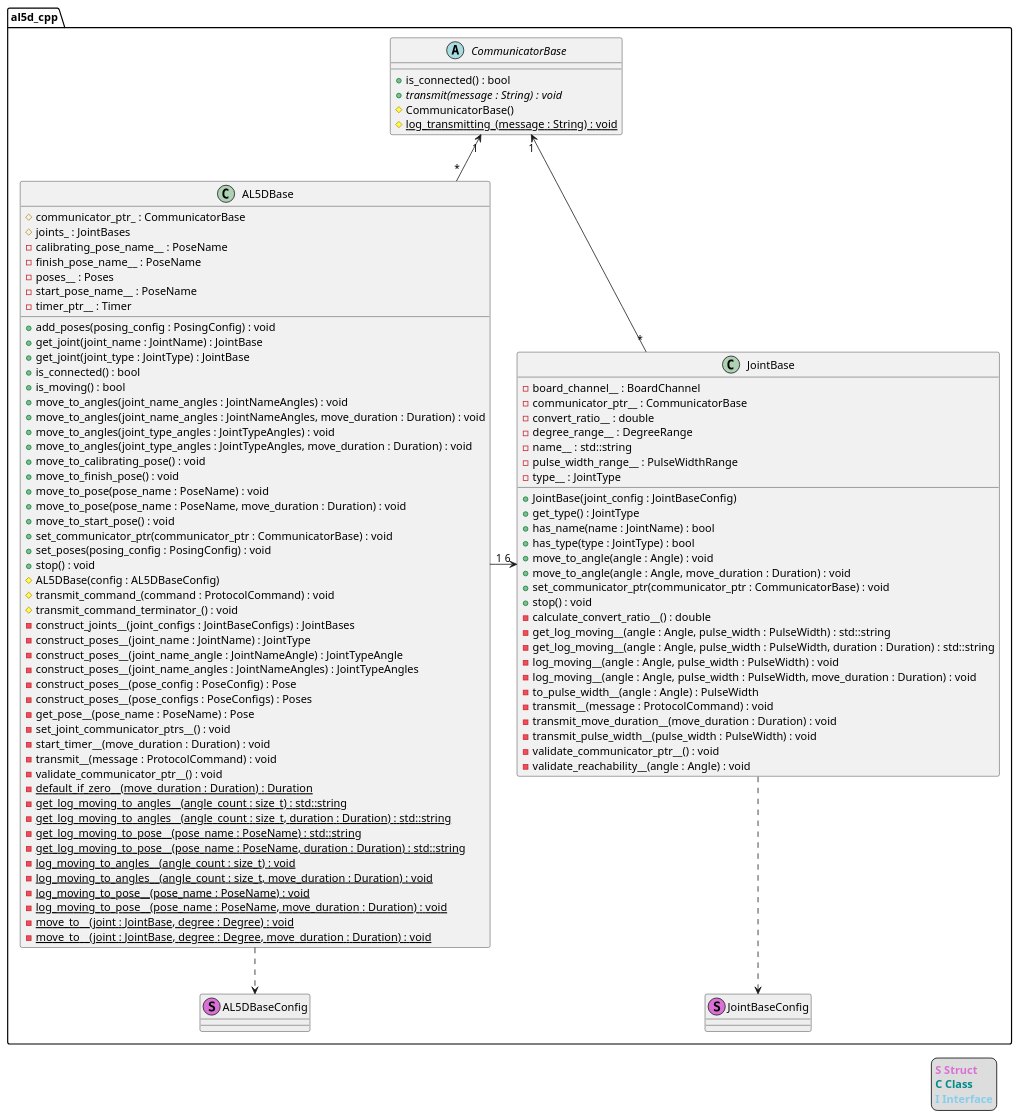
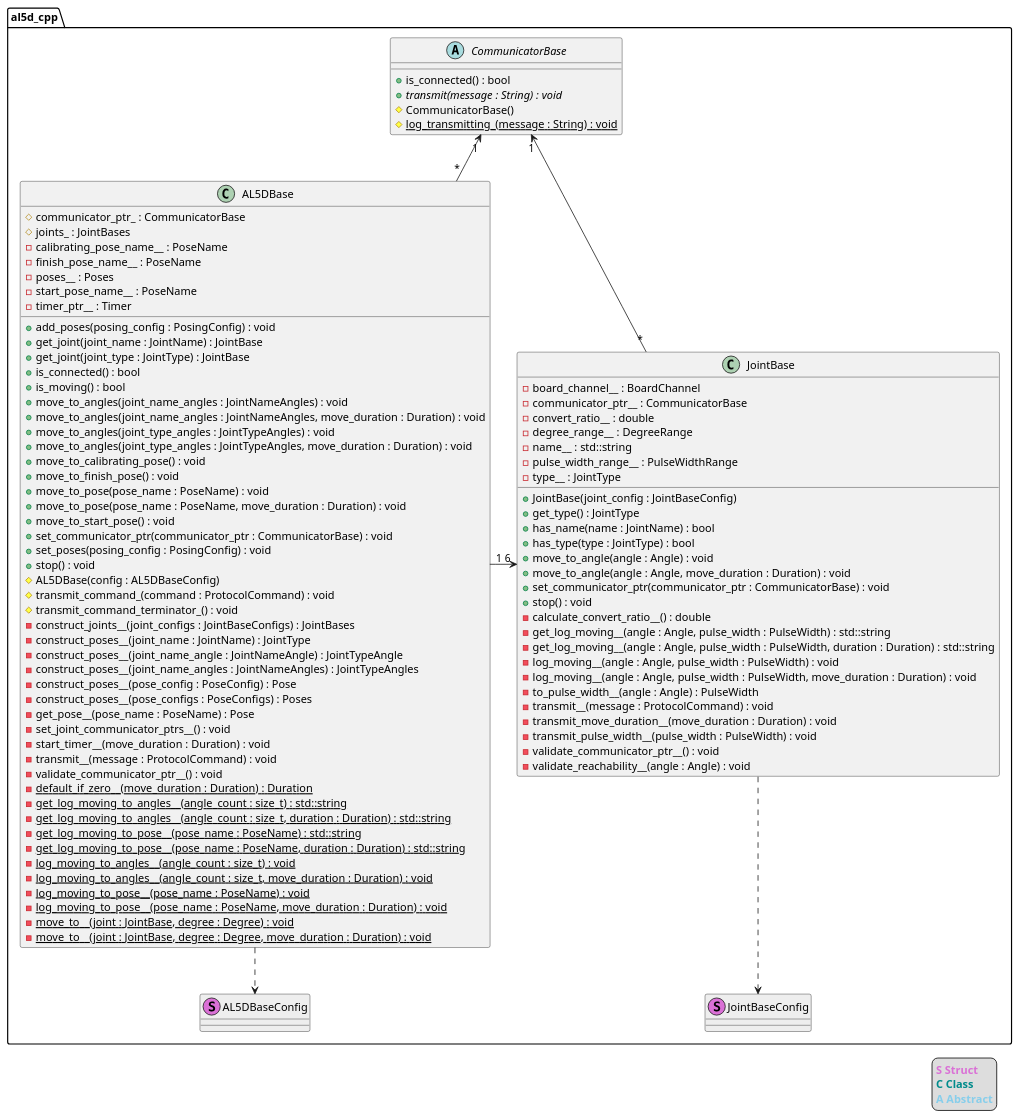
The diagram in doc/class_design_base.puml (bscp/al5d_cpp), drawn with PlantUML before and after one commit. The commit also changed 4 other files, not shown here.

Commit message:
Add UML diagrams for controller

```diff
--- a/doc/class_design_base.puml
+++ b/doc/class_design_base.puml
@@ -1,110 +1,110 @@
 @startuml
 
 namespace al5d_cpp {
 
     abstract class CommunicatorBase {
 		+ is_connected() : bool
 		+ {abstract} transmit(message : String) : void
 		# CommunicatorBase()
 		# {static} log_transmitting_(message : String) : void
 	}
 
     class AL5DBase {
 		+ add_poses(posing_config : PosingConfig) : void
 		+ get_joint(joint_name : JointName) : JointBase
 		+ get_joint(joint_type : JointType) : JointBase
 		+ is_connected() : bool
 		+ is_moving() : bool
 		+ move_to_angles(joint_name_angles : JointNameAngles) : void
 		+ move_to_angles(joint_name_angles : JointNameAngles, move_duration : Duration) : void
 		+ move_to_angles(joint_type_angles : JointTypeAngles) : void
 		+ move_to_angles(joint_type_angles : JointTypeAngles, move_duration : Duration) : void
 		+ move_to_calibrating_pose() : void
 		+ move_to_finish_pose() : void
 		+ move_to_pose(pose_name : PoseName) : void
 		+ move_to_pose(pose_name : PoseName, move_duration : Duration) : void
 		+ move_to_start_pose() : void
 		+ set_communicator_ptr(communicator_ptr : CommunicatorBase) : void
 		+ set_poses(posing_config : PosingConfig) : void
 		+ stop() : void
 		# AL5DBase(config : AL5DBaseConfig)
 		# communicator_ptr_ : CommunicatorBase
 		# joints_ : JointBases
 		# transmit_command_(command : ProtocolCommand) : void
 		# transmit_command_terminator_() : void
 		- calibrating_pose_name__ : PoseName
 		- construct_joints__(joint_configs : JointBaseConfigs) : JointBases
 		- construct_poses__(joint_name : JointName) : JointType
 		- construct_poses__(joint_name_angle : JointNameAngle) : JointTypeAngle
 		- construct_poses__(joint_name_angles : JointNameAngles) : JointTypeAngles
 		- construct_poses__(pose_config : PoseConfig) : Pose
 		- construct_poses__(pose_configs : PoseConfigs) : Poses
 		- finish_pose_name__ : PoseName
 		- get_pose__(pose_name : PoseName) : Pose
 		- poses__ : Poses
 		- set_joint_communicator_ptrs__() : void
 		- start_pose_name__ : PoseName
 		- start_timer__(move_duration : Duration) : void
 		- timer_ptr__ : Timer
 		- transmit__(message : ProtocolCommand) : void
 		- validate_communicator_ptr__() : void
 		- {static} default_if_zero__(move_duration : Duration) : Duration
 		- {static} get_log_moving_to_angles__(angle_count : size_t) : std::string
 		- {static} get_log_moving_to_angles__(angle_count : size_t, duration : Duration) : std::string
 		- {static} get_log_moving_to_pose__(pose_name : PoseName) : std::string
 		- {static} get_log_moving_to_pose__(pose_name : PoseName, duration : Duration) : std::string
 		- {static} log_moving_to_angles__(angle_count : size_t) : void
 		- {static} log_moving_to_angles__(angle_count : size_t, move_duration : Duration) : void
 		- {static} log_moving_to_pose__(pose_name : PoseName) : void
 		- {static} log_moving_to_pose__(pose_name : PoseName, move_duration : Duration) : void
 		- {static} move_to__(joint : JointBase, degree : Degree) : void
 		- {static} move_to__(joint : JointBase, degree : Degree, move_duration : Duration) : void
 	}
 
     class JointBase {
 		+ JointBase(joint_config : JointBaseConfig)
 		+ get_type() : JointType
 		+ has_name(name : JointName) : bool
 		+ has_type(type : JointType) : bool
 		+ move_to_angle(angle : Angle) : void
 		+ move_to_angle(angle : Angle, move_duration : Duration) : void
 		+ set_communicator_ptr(communicator_ptr : CommunicatorBase) : void
 		+ stop() : void
 
 		- board_channel__ : BoardChannel
 		- calculate_convert_ratio__() : double
 		- communicator_ptr__ : CommunicatorBase
 		- convert_ratio__ : double
 		- degree_range__ : DegreeRange
 		- get_log_moving__(angle : Angle, pulse_width : PulseWidth) : std::string
 		- get_log_moving__(angle : Angle, pulse_width : PulseWidth, duration : Duration) : std::string
 		- log_moving__(angle : Angle, pulse_width : PulseWidth) : void
 		- log_moving__(angle : Angle, pulse_width : PulseWidth, move_duration : Duration) : void
 		- name__ : std::string
 		- pulse_width_range__ : PulseWidthRange
 		- to_pulse_width__(angle : Angle) : PulseWidth
 		- transmit__(message : ProtocolCommand) : void
 		- transmit_move_duration__(move_duration : Duration) : void
 		- transmit_pulse_width__(pulse_width : PulseWidth) : void
 		- type__ : JointType
 		- validate_communicator_ptr__() : void
 		- validate_reachability__(angle : Angle) : void
 	}
 
     class JointBaseConfig <<(S,Orchid)>> #eee
     class AL5DBaseConfig <<(S,Orchid)>> #eee
 
     CommunicatorBase "1" <- "*" JointBase
     CommunicatorBase "1" <-- "*" AL5DBase
     AL5DBase "1" -> "6" JointBase
     AL5DBase ..> AL5DBaseConfig
     JointBase ..> JointBaseConfig
 }
 
 legend right
   <b><color:Orchid>S Struct</color></b>
   <b><color:DarkCyan>C Class</color></b>
-  <b><color:SkyBlue>I Interface</color></b>
+  <b><color:SkyBlue>A Abstract</color></b>
 endlegend
 
 @enduml
```
